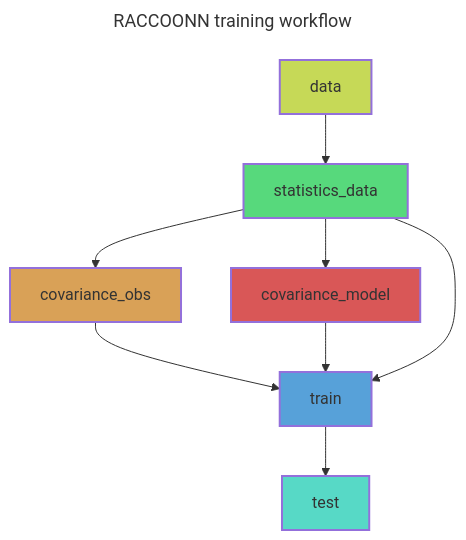
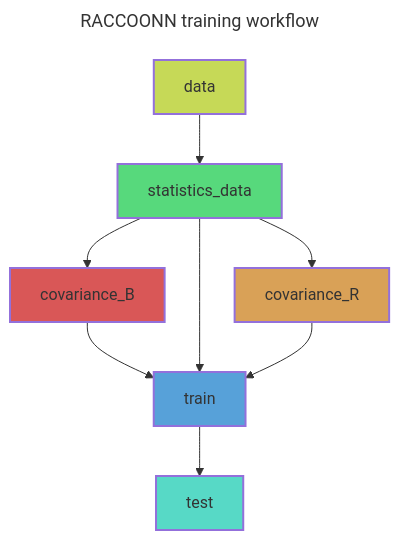
Before and after one commit to tremblaybenoit/RACCOONN: the diagram in README.md, drawn with Mermaid. The commit also changed 5 other files, not shown here.

````diff
--- a/README.md
+++ b/README.md
@@ -37,25 +37,25 @@
 ```mermaid
 ---
 title: RACCOONN training workflow
 ---
 flowchart TB
 	id0[test]
 	id1[train]
 	id2[statistics_data]
 	id3[data]
-	id4[covariance_model]
-	id5[covariance_obs]
+	id4[covariance_B]
+	id5[covariance_R]
 	style id0 fill:#57D9C6,stroke-width:2px,color:#333333
 	style id1 fill:#57A1D9,stroke-width:2px,color:#333333
 	style id2 fill:#57D97C,stroke-width:2px,color:#333333
 	style id3 fill:#C6D957,stroke-width:2px,color:#333333
 	style id4 fill:#D95757,stroke-width:2px,color:#333333
 	style id5 fill:#D9A157,stroke-width:2px,color:#333333
 	id1 --> id0
-	id5 --> id1
 	id4 --> id1
 	id2 --> id1
+	id5 --> id1
 	id3 --> id2
 	id2 --> id4
 	id2 --> id5
 ```
````
